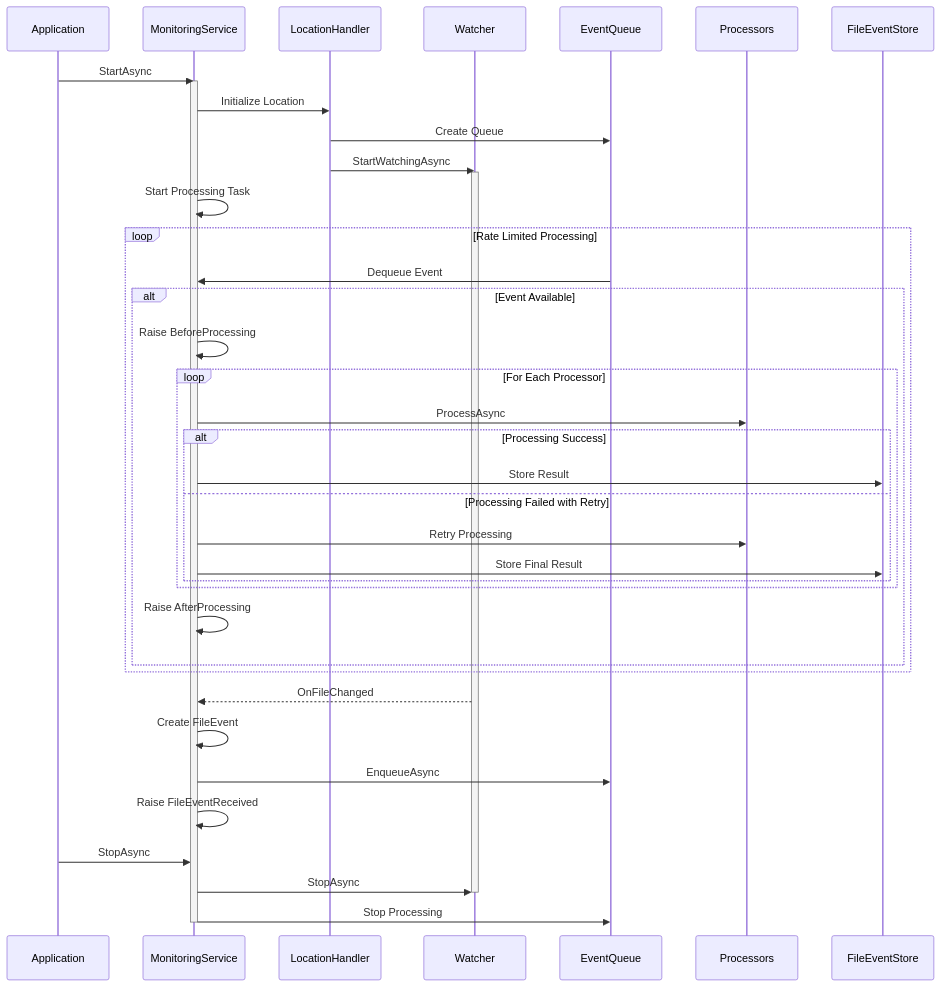
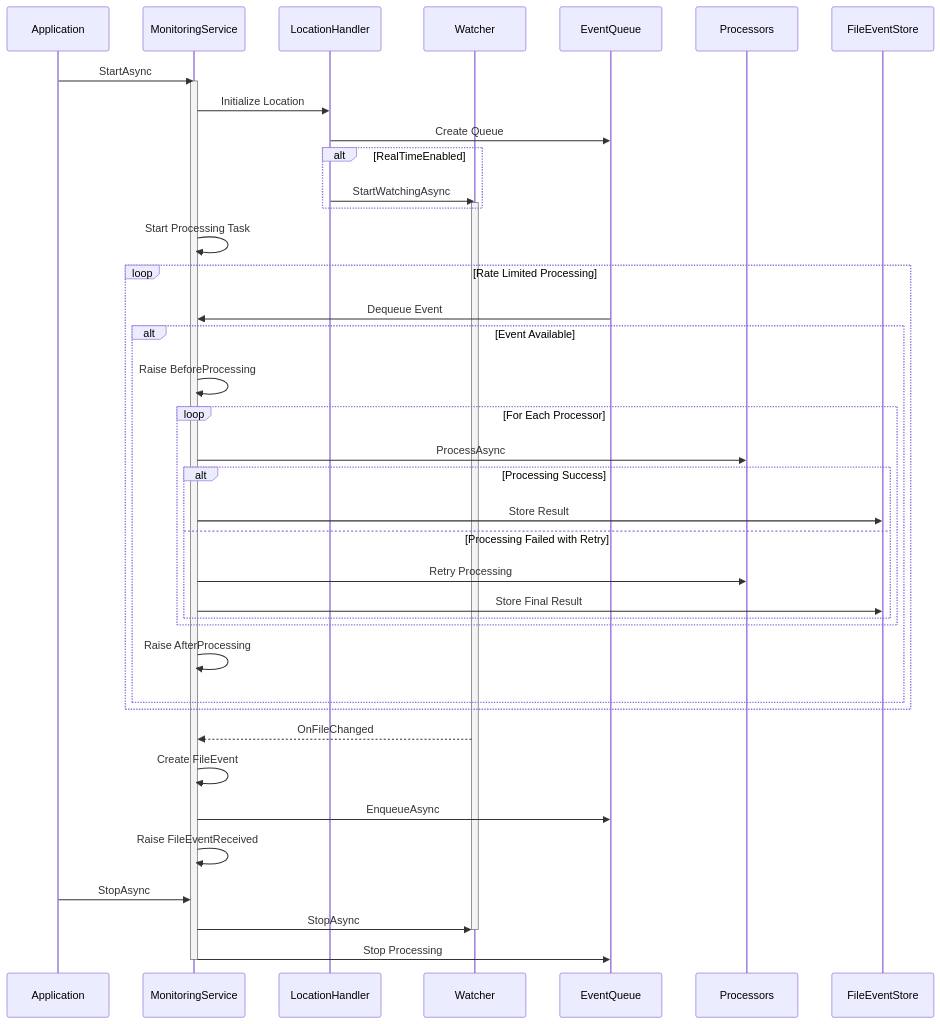
One commit to BridgingIT-GmbH/bITdevKit changed the third of 4 diagrams in src/Application.Storage/Monitoring/DESIGN.md. Above: the diagram before and after it, drawn with Mermaid. The commit also changed other lines of this file and 3 other files, not shown here.

````diff
--- a/src/Application.Storage/Monitoring/DESIGN.md
+++ b/src/Application.Storage/Monitoring/DESIGN.md
@@ -54,54 +98,56 @@
 ```mermaid
 sequenceDiagram
     participant App as Application
     participant MS as MonitoringService
     participant Loc as LocationHandler
     participant W as Watcher
     participant Q as EventQueue
     participant P as Processors
     participant ST as FileEventStore
 
-    %% Startup with Watcher
+        %% Startup with Watcher (if enabled)
     App->>MS: StartAsync
     activate MS
     MS->>Loc: Initialize Location
     Loc->>Q: Create Queue
-    Loc->>W: StartWatchingAsync
-    activate W
+    alt RealTimeEnabled
+        Loc->>W: StartWatchingAsync
+        activate W
+    end
 
     %% Start Processing
     MS->>MS: Start Processing Task
 
     loop Rate Limited Processing
         Q->>MS: Dequeue Event
 
         alt Event Available
             MS->>MS: Raise BeforeProcessing
 
             loop For Each Processor
                 MS->>P: ProcessAsync
                 alt Processing Success
                     MS->>ST: Store Result
                 else Processing Failed with Retry
                     MS->>P: Retry Processing
                     MS->>ST: Store Final Result
                 end
             end
 
             MS->>MS: Raise AfterProcessing
         end
     end
 
     %% Real-time Event Handling
     W-->>MS: OnFileChanged
     MS->>MS: Create FileEvent
     MS->>Q: EnqueueAsync
     MS->>MS: Raise FileEventReceived
 
     %% Shutdown
     App->>MS: StopAsync
     MS->>W: StopAsync
     deactivate W
     MS->>Q: Stop Processing
     deactivate MS
 ```
````
